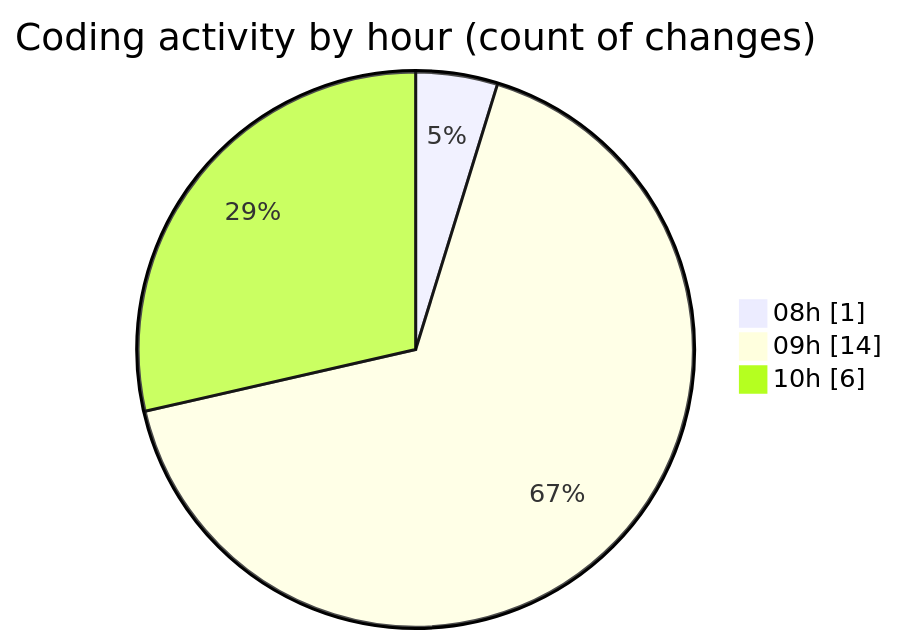
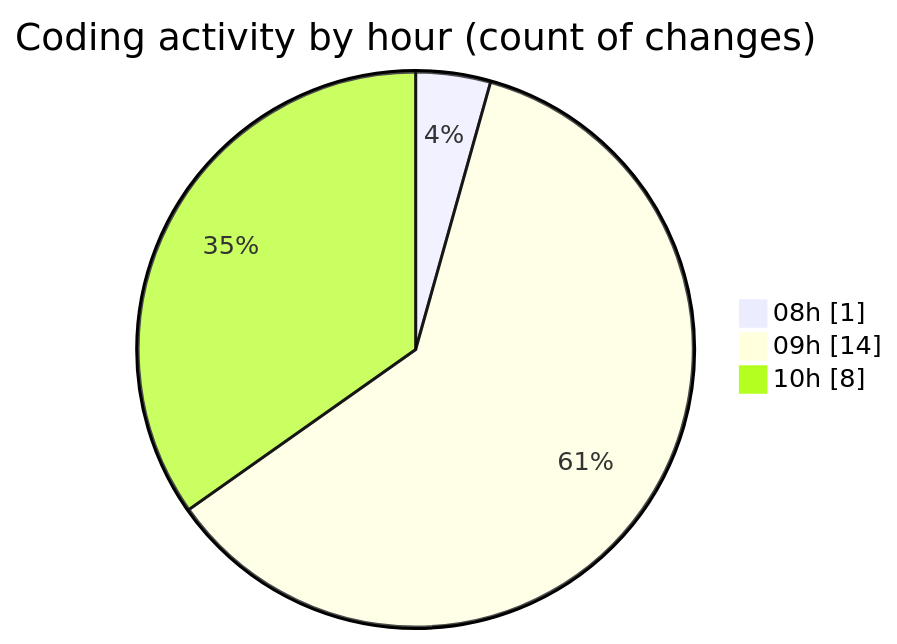
The second of 2 diagrams in 2026-05-20/cilapp/README.md (ricardozamudiocil/code-tracking), drawn with Mermaid before and after one commit. The commit also changed other lines of this file and 1 other file, not shown here.

````diff
--- a/2026-05-20/cilapp/README.md
+++ b/2026-05-20/cilapp/README.md
@@ -32,7 +32,7 @@
 ```mermaid
 pie showData
 title Coding activity by hour (count of changes)
 "08h" : 1
 "09h" : 14
-"10h" : 6
+"10h" : 8
 ```
````
